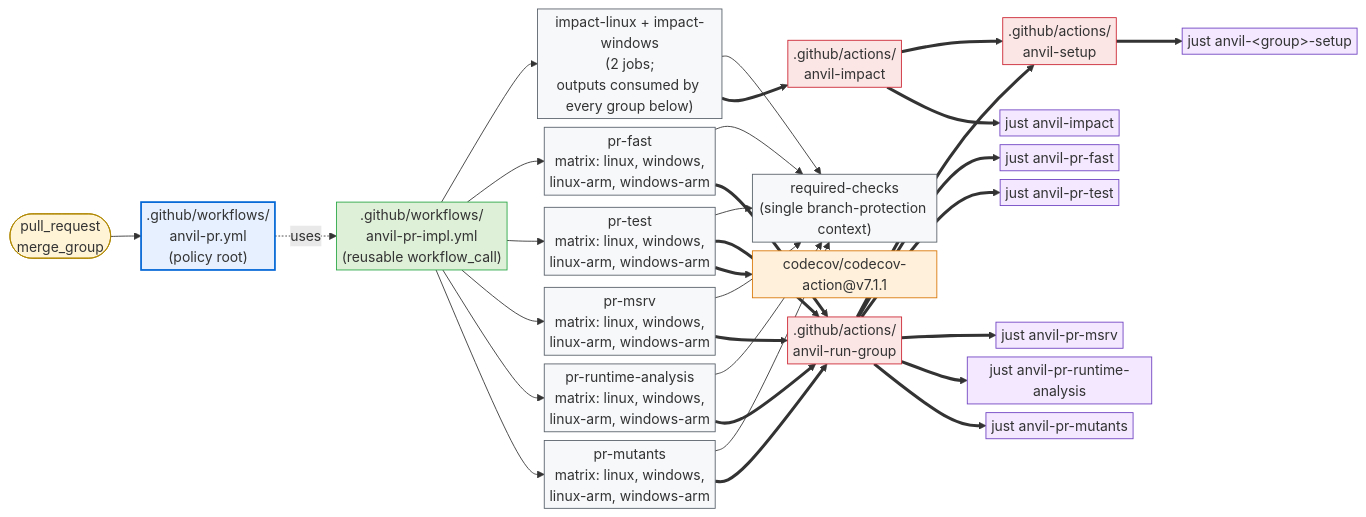
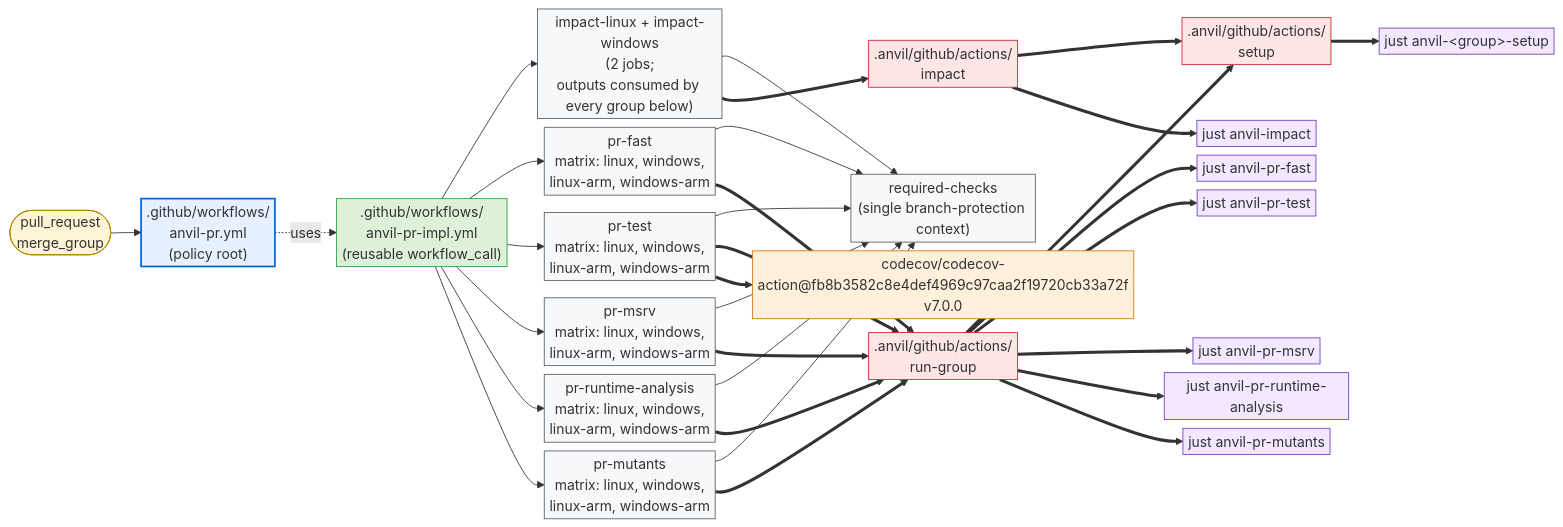
One commit to microsoft/ox-tools changed the first of 2 diagrams in crates/cargo-anvil/docs/design/github.md. Above: the diagram before and after it, drawn with Mermaid. The commit also changed other lines of this file and 175 other files, not shown here.

````diff
--- a/crates/cargo-anvil/docs/design/github.md
+++ b/crates/cargo-anvil/docs/design/github.md
@@ -53,66 +53,66 @@
 ```mermaid
 %%{init: {"flowchart": {"nodeSpacing": 10, "rankSpacing": 35, "padding": 3}, "themeVariables": {"fontSize": "16px"}}}%%
 flowchart LR
     pr_evt([pull_request<br/>merge_group]):::trigger
     pr_root[".github/workflows/<br/>anvil-pr.yml<br/>(policy root)"]:::root
     pr_impl[".github/workflows/<br/>anvil-pr-impl.yml<br/>(reusable workflow_call)"]:::impl
     impact["impact-linux + impact-windows<br/>(2 jobs;<br/>outputs consumed by every group below)"]:::job
     pr_fast_job["pr-fast<br/>matrix: linux, windows,<br/>linux-arm, windows-arm"]:::job
     pr_test_job["pr-test<br/>matrix: linux, windows,<br/>linux-arm, windows-arm"]:::job
     pr_msrv_job["pr-msrv<br/>matrix: linux, windows,<br/>linux-arm, windows-arm"]:::job
     pr_runtime_analysis_job["pr-runtime-analysis<br/>matrix: linux, windows,<br/>linux-arm, windows-arm"]:::job
     pr_mutants_job["pr-mutants<br/>matrix: linux, windows,<br/>linux-arm, windows-arm"]:::job
     required_checks["required-checks<br/>(single branch-protection context)"]:::job
-    impact_act[".github/actions/<br/>anvil-impact"]:::action
-    setup_act[".github/actions/<br/>anvil-setup"]:::action
-    run_group_act[".github/actions/<br/>anvil-run-group"]:::action
-    codecov_act["codecov/codecov-action@v7.1.1"]:::external
+    impact_act[".anvil/github/actions/<br/>impact"]:::action
+    setup_act[".anvil/github/actions/<br/>setup"]:::action
+    run_group_act[".anvil/github/actions/<br/>run-group"]:::action
+    codecov_act["codecov/codecov-action@fb8b3582c8e4def4969c97caa2f19720cb33a72f<br/>v7.0.0"]:::external
     impact_just["just anvil-impact"]:::recipe
     fast_just["just anvil-pr-fast"]:::recipe
     test_just["just anvil-pr-test"]:::recipe
     msrv_just["just anvil-pr-msrv"]:::recipe
     runtime_just["just anvil-pr-runtime-analysis"]:::recipe
     mutants_just["just anvil-pr-mutants"]:::recipe
     setup_just["just anvil-&lt;group&gt;-setup"]:::recipe
 
     pr_evt --> pr_root
     pr_root -. uses .-> pr_impl
     pr_impl --> impact
     pr_impl --> pr_fast_job
     pr_impl --> pr_test_job
     pr_impl --> pr_msrv_job
     pr_impl --> pr_runtime_analysis_job
     pr_impl --> pr_mutants_job
     impact --> required_checks
     pr_fast_job --> required_checks
     pr_test_job --> required_checks
     pr_msrv_job --> required_checks
     pr_runtime_analysis_job --> required_checks
     pr_mutants_job --> required_checks
 
     impact ==> impact_act
     pr_fast_job ==> run_group_act
     pr_test_job ==> run_group_act
     pr_msrv_job ==> run_group_act
     pr_test_job ==> codecov_act
     pr_runtime_analysis_job ==> run_group_act
     pr_mutants_job ==> run_group_act
 
     impact_act ==> setup_act
     impact_act ==> impact_just
     run_group_act ==> setup_act
     run_group_act ==> fast_just
     run_group_act ==> test_just
     run_group_act ==> msrv_just
     run_group_act ==> runtime_just
     run_group_act ==> mutants_just
     setup_act ==> setup_just
 
     classDef trigger fill:#fff4d6,stroke:#b08800,stroke-width:1px;
     classDef root fill:#e6f0ff,stroke:#0366d6,stroke-width:2px;
     classDef impl fill:#dff0d8,stroke:#28a745,stroke-width:1px;
     classDef job fill:#f6f8fa,stroke:#586069,stroke-width:1px;
     classDef action fill:#fce5e5,stroke:#cb2431,stroke-width:1px;
     classDef external fill:#fff0db,stroke:#d97706,stroke-width:1px;
     classDef recipe fill:#f3e8ff,stroke:#6f42c1,stroke-width:1px;
 ```
````
